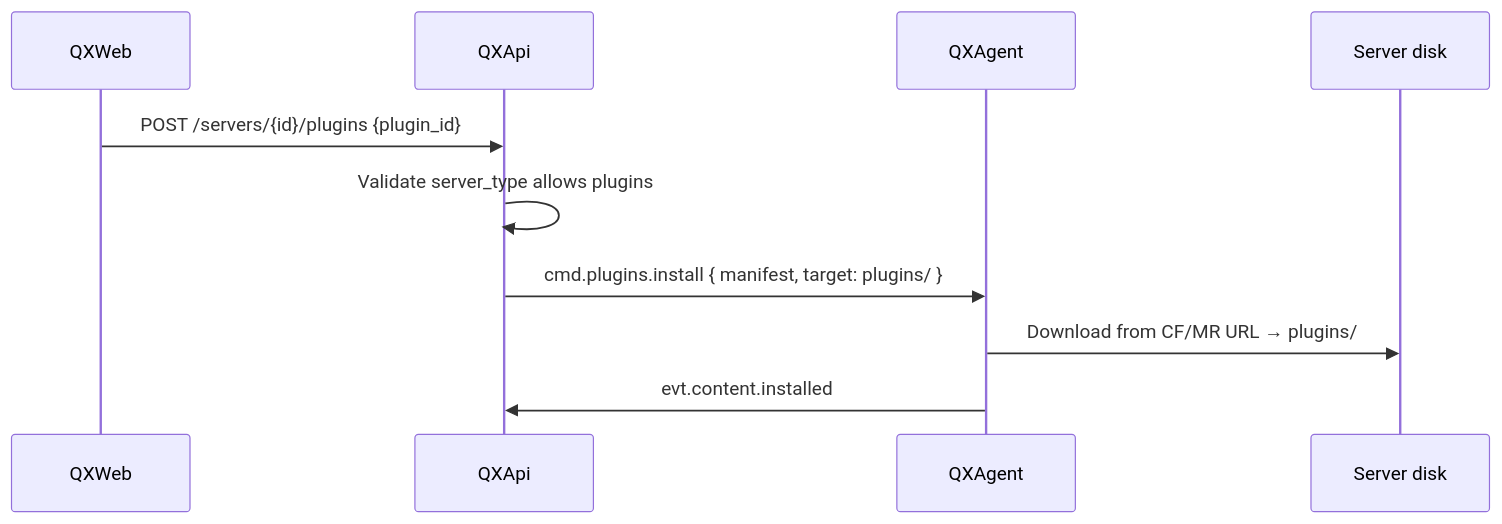
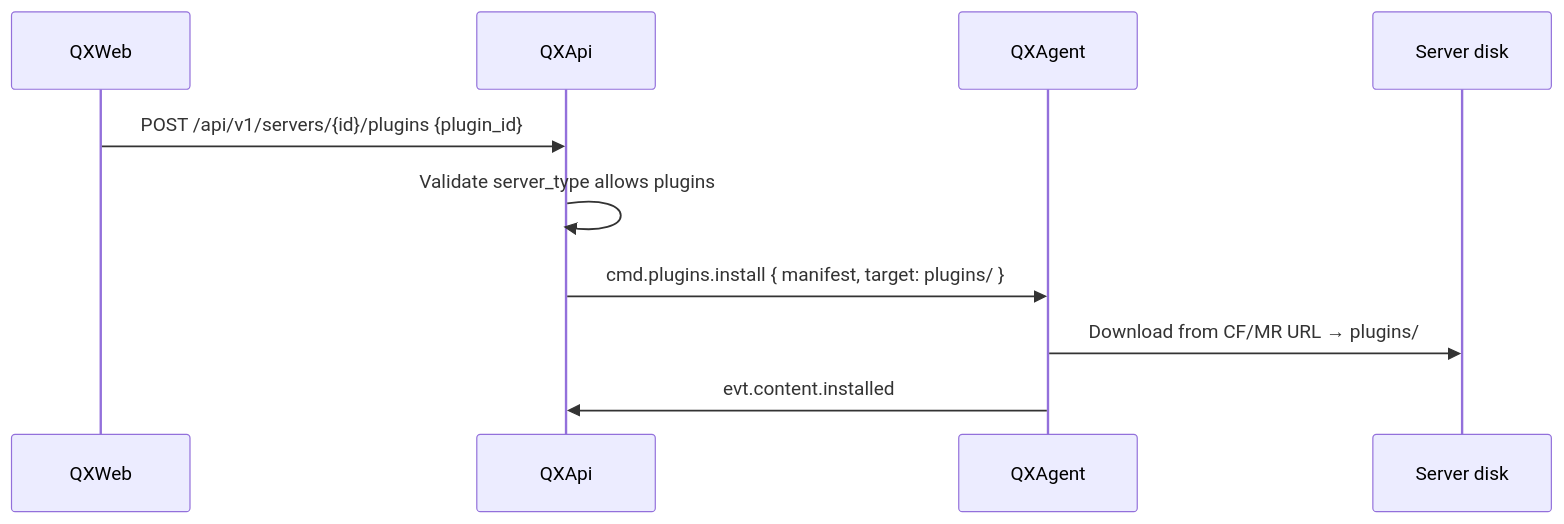
The diagram in docs/server-content-install.md (mindevis/qx-project), drawn with Mermaid before and after one commit. The commit also changed other lines of this file and 129 other files, not shown here.

````diff
--- a/docs/server-content-install.md
+++ b/docs/server-content-install.md
@@ -69,13 +70,13 @@
 ```mermaid
 sequenceDiagram
     participant Web as QXWeb
     participant API as QXApi
     participant A as QXAgent
     participant VPS as Server disk
 
-    Web->>API: POST /servers/{id}/plugins {plugin_id}
+    Web->>API: POST /api/v1/servers/{id}/plugins {plugin_id}
     API->>API: Validate server_type allows plugins
     API->>A: cmd.plugins.install { manifest, target: plugins/ }
     A->>VPS: Download from CF/MR URL → plugins/
     A->>API: evt.content.installed
 ```
````
